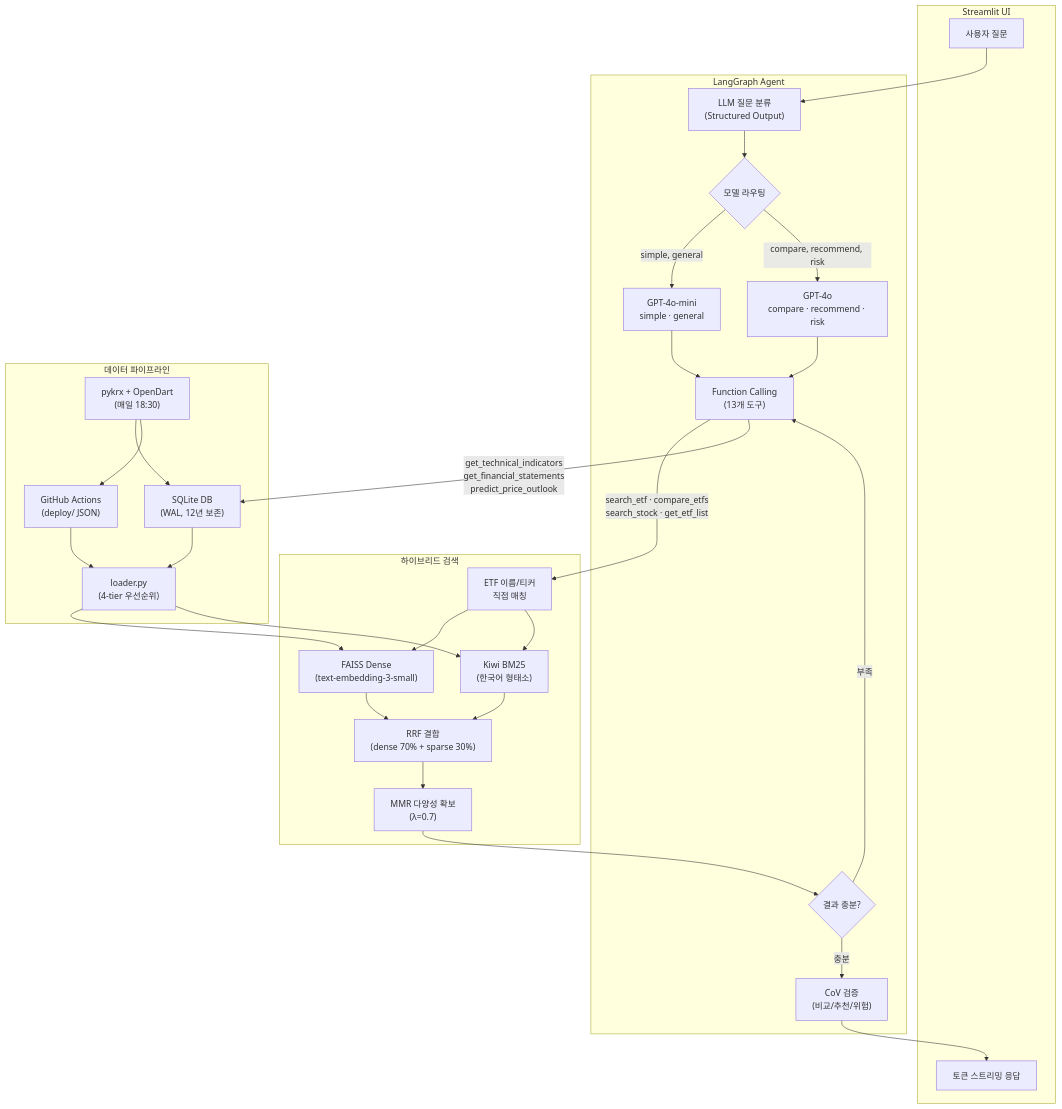
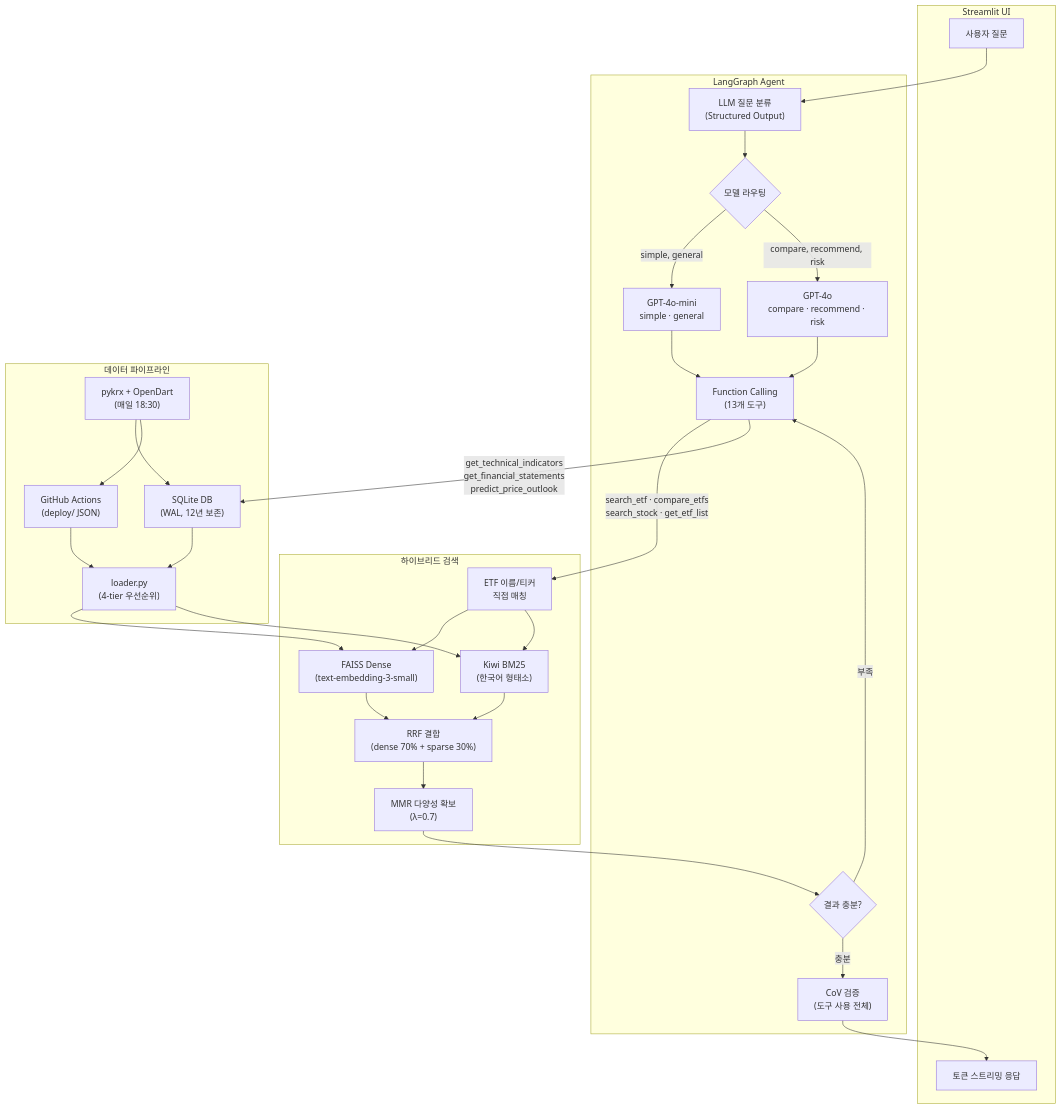
Before and after one commit to m2222n/AI_agent: the diagram in ETF_RAG/README.md, drawn with Mermaid. The commit also changed other lines of this file and 8 other files, not shown here.

````diff
--- a/ETF_RAG/README.md
+++ b/ETF_RAG/README.md
@@ -69,51 +69,51 @@
 ```mermaid
 flowchart TB
     subgraph UI["Streamlit UI"]
         Input["사용자 질문"]
         Stream["토큰 스트리밍 응답"]
     end
 
     subgraph Agent["LangGraph Agent"]
         Classify["LLM 질문 분류<br/>(Structured Output)"]
         Router{"모델 라우팅"}
         Mini["GPT-4o-mini<br/>simple · general"]
         Full["GPT-4o<br/>compare · recommend · risk"]
         Tools["Function Calling<br/>(13개 도구)"]
         Retry{"결과 충분?"}
-        CoV["CoV 검증<br/>(비교/추천/위험)"]
+        CoV["CoV 검증<br/>(도구 사용 전체)"]
     end
 
     subgraph Search["하이브리드 검색"]
         Match["ETF 이름/티커<br/>직접 매칭"]
         Dense["FAISS Dense<br/>(text-embedding-3-small)"]
         Sparse["Kiwi BM25<br/>(한국어 형태소)"]
         RRF["RRF 결합<br/>(dense 70% + sparse 30%)"]
         MMR["MMR 다양성 확보<br/>(λ=0.7)"]
     end
 
     subgraph Data["데이터 파이프라인"]
         KRX["pykrx + OpenDart<br/>(매일 18:30)"]
         DB["SQLite DB<br/>(WAL, 12년 보존)"]
         Actions["GitHub Actions<br/>(deploy/ JSON)"]
         Loader["loader.py<br/>(4-tier 우선순위)"]
     end
 
     Input --> Classify --> Router
     Router -->|simple, general| Mini
     Router -->|compare, recommend, risk| Full
     Mini --> Tools
     Full --> Tools
     Tools -->|search_etf · compare_etfs<br/>search_stock · get_etf_list| Match
     Tools -->|get_technical_indicators<br/>get_financial_statements<br/>predict_price_outlook| DB
     Match --> Dense & Sparse
     Dense & Sparse --> RRF --> MMR
     MMR --> Retry
     Retry -->|부족| Tools
     Retry -->|충분| CoV --> Stream
 
     KRX --> DB
     KRX --> Actions
     DB --> Loader
     Actions --> Loader
     Loader --> Dense & Sparse
 ```
````
